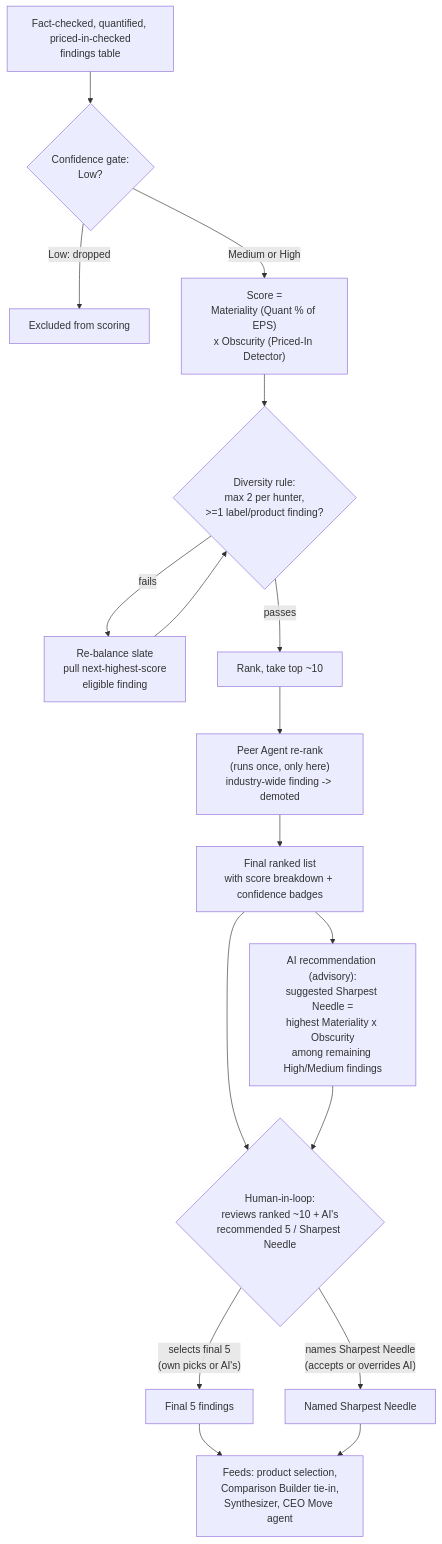
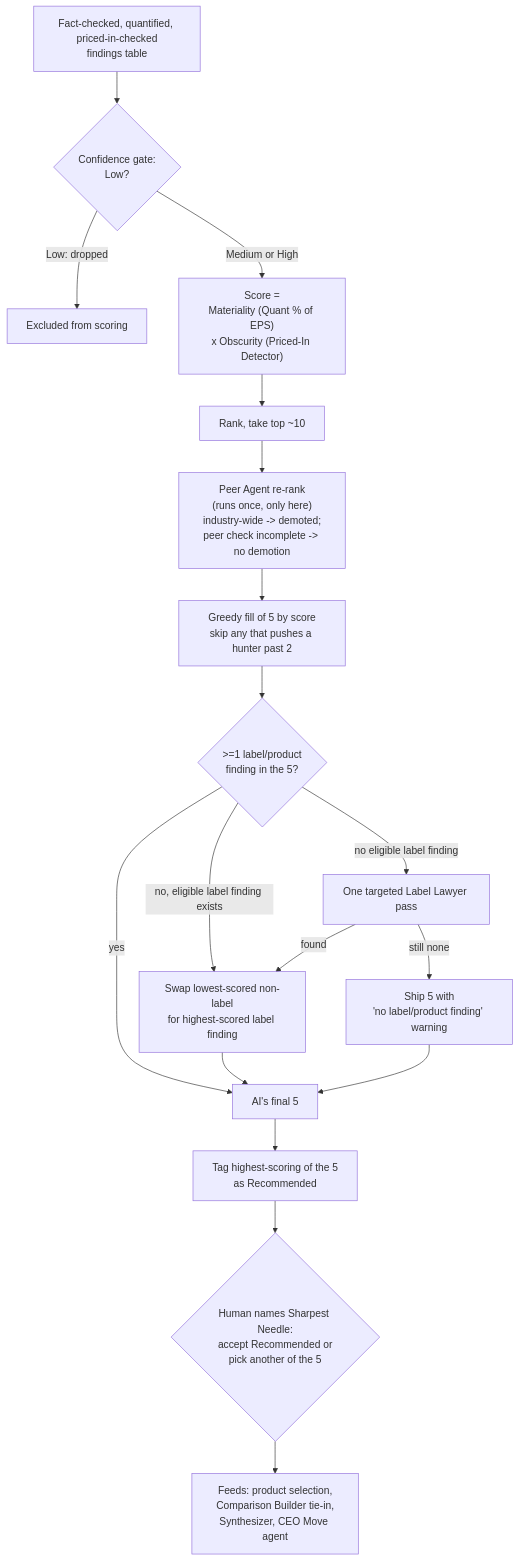
Before and after one commit to Mameo007/ai-neeley-hackathon-pharmaceutical: the third of 3 diagrams in docs/architecture.md, drawn with Mermaid. The commit also changed other lines of this file and 3 other files, not shown here.

First line of the commit message:
Resolve architecture open questions and add 10-company source probe

````diff
--- a/docs/architecture.md
+++ b/docs/architecture.md
@@ -376,24 +538,23 @@
 ```mermaid
 flowchart TD
     START["Fact-checked, quantified, priced-in-checked<br/>findings table"] --> GATE{"Confidence gate:<br/>Low?"}
     GATE -- "Low: dropped" --> DROP[Excluded from scoring]
     GATE -- "Medium or High" --> SCORE["Score =<br/>Materiality (Quant % of EPS)<br/>x Obscurity (Priced-In Detector)"]
 
-    SCORE --> DIV{"Diversity rule:<br/>max 2 per hunter,<br/>>=1 label/product finding?"}
-    DIV -- fails --> REBAL[Re-balance slate<br/>pull next-highest-score<br/>eligible finding]
-    REBAL --> DIV
-    DIV -- passes --> TOP10["Rank, take top ~10"]
+    SCORE --> TOP10["Rank, take top ~10"]
+    TOP10 --> PEER["Peer Agent re-rank<br/>(runs once, only here)<br/>industry-wide -> demoted;<br/>peer check incomplete -> no demotion"]
+    PEER --> FILL["Greedy fill of 5 by score<br/>skip any that pushes a hunter past 2"]
 
-    TOP10 --> PEER["Peer Agent re-rank<br/>(runs once, only here)<br/>industry-wide finding -> demoted"]
-    PEER --> RANKED["Final ranked list<br/>with score breakdown + confidence badges"]
+    FILL --> LBL{">=1 label/product<br/>finding in the 5?"}
+    LBL -- yes --> FIVE[AI's final 5]
+    LBL -- "no, eligible label finding exists" --> SWAP["Swap lowest-scored non-label<br/>for highest-scored label finding"]
+    SWAP --> FIVE
+    LBL -- "no eligible label finding" --> RETRY["One targeted Label Lawyer pass"]
+    RETRY -- "found" --> SWAP
+    RETRY -- "still none" --> WARN["Ship 5 with<br/>'no label/product finding' warning"]
+    WARN --> FIVE
 
-    RANKED --> NEEDLE["AI recommendation (advisory):<br/>suggested Sharpest Needle =<br/>highest Materiality x Obscurity<br/>among remaining High/Medium findings"]
-    RANKED --> HUMAN{"Human-in-loop:<br/>reviews ranked ~10 + AI's<br/>recommended 5 / Sharpest Needle"}
-    NEEDLE --> HUMAN
-
-    HUMAN -- "selects final 5<br/>(own picks or AI's)" --> FIVE[Final 5 findings]
-    HUMAN -- "names Sharpest Needle<br/>(accepts or overrides AI)" --> NAMED[Named Sharpest Needle]
-
-    FIVE --> NEXT["Feeds: product selection,<br/>Comparison Builder tie-in,<br/>Synthesizer, CEO Move agent"]
-    NAMED --> NEXT
+    FIVE --> REC["Tag highest-scoring of the 5<br/>as Recommended"]
+    REC --> HUMAN{"Human names Sharpest Needle:<br/>accept Recommended or<br/>pick another of the 5"}
+    HUMAN --> NEXT["Feeds: product selection,<br/>Comparison Builder tie-in,<br/>Synthesizer, CEO Move agent"]
 ```
````
